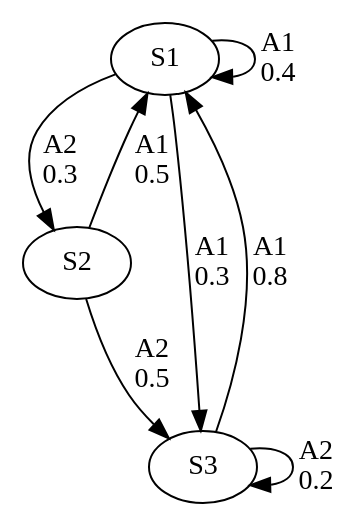
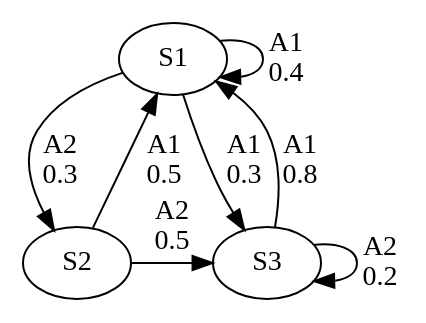
The diagram in docs/info-theo/img/1.dot (alex216/cs-recap), drawn with Graphviz before and after one commit. The commit also changed 31 other files, not shown here.

```diff
--- a/docs/info-theo/img/1.dot
+++ b/docs/info-theo/img/1.dot
@@ -1,13 +1,14 @@
 digraph{
     S1;
     S2;
     S3;
 
     S1 -> S1[label="A1\n0.4"]
     S1 -> S2[label="A2\n0.3"]
     S1 -> S3[label="A1\n0.3"]
     S2 -> S1[label="A1\n0.5"]
     S2 -> S3[label="A2\n0.5"]
     S3 -> S3[label="A2\n0.2"]
     S3 -> S1[label="A1\n0.8"]
+    {rank=same;S2, S3}
 }
```
